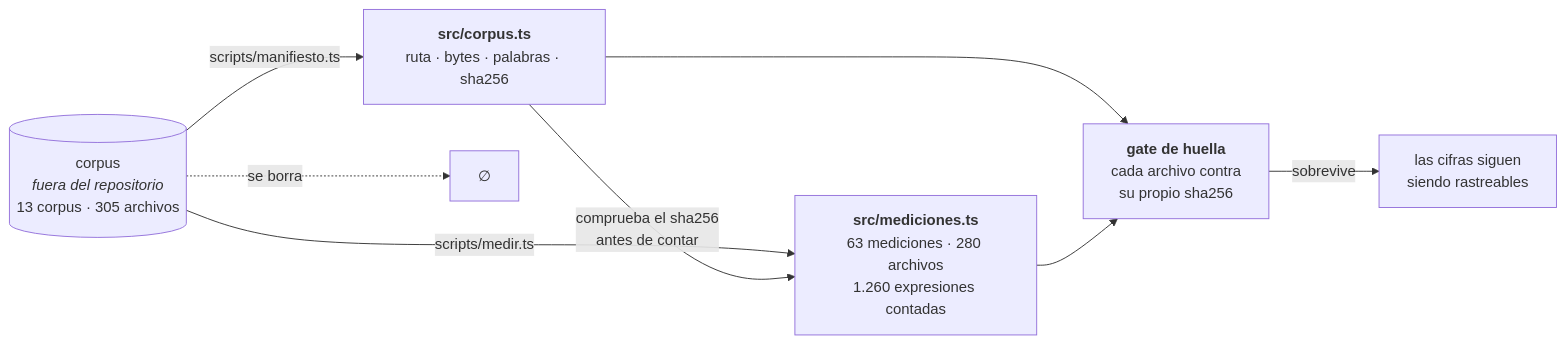
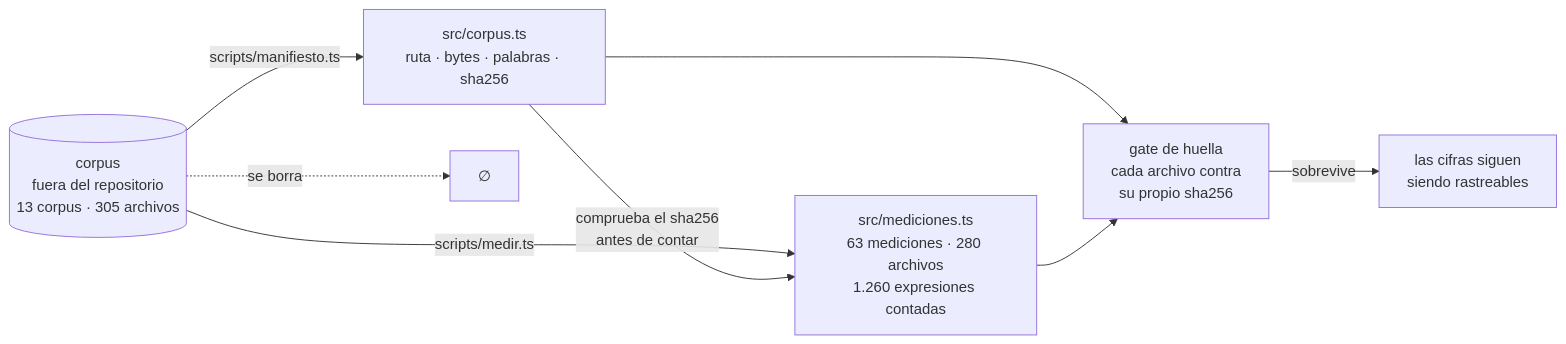
Before and after one commit to diegnghtmr/writing-harness: the third of 4 diagrams in README.md, drawn with Mermaid. The commit also changed other lines of this file and 1 other file, not shown here.

First line of the commit message:
docs: diagramas que renderizan de verdad, y uno mas en AGENTS.md

````diff
--- a/README.md
+++ b/README.md
@@ -170,15 +170,15 @@
 ```mermaid
 flowchart LR
-    C[("corpus<br/><i>fuera del repositorio</i><br/>13 corpus · 305 archivos")]
+    C[("corpus<br/>fuera del repositorio<br/>13 corpus · 305 archivos")]
 
-    C -->|"scripts/manifiesto.ts"| M["<b>src/corpus.ts</b><br/>ruta · bytes · palabras · sha256"]
-    C -->|"scripts/medir.ts"| ME["<b>src/mediciones.ts</b><br/>63 mediciones · 280 archivos<br/>1.260 expresiones contadas"]
+    C -->|"scripts/manifiesto.ts"| M["src/corpus.ts<br/>ruta · bytes · palabras · sha256"]
+    C -->|"scripts/medir.ts"| ME["src/mediciones.ts<br/>63 mediciones · 280 archivos<br/>1.260 expresiones contadas"]
 
     M -->|"comprueba el sha256<br/>antes de contar"| ME
 
-    M --> G["<b>gate de huella</b><br/>cada archivo contra<br/>su propio sha256"]
+    M --> G["gate de huella<br/>cada archivo contra<br/>su propio sha256"]
     ME --> G
 
     C -.->|"se borra"| X["∅"]
     G -->|"sobrevive"| S["las cifras siguen<br/>siendo rastreables"]
 ```
````
